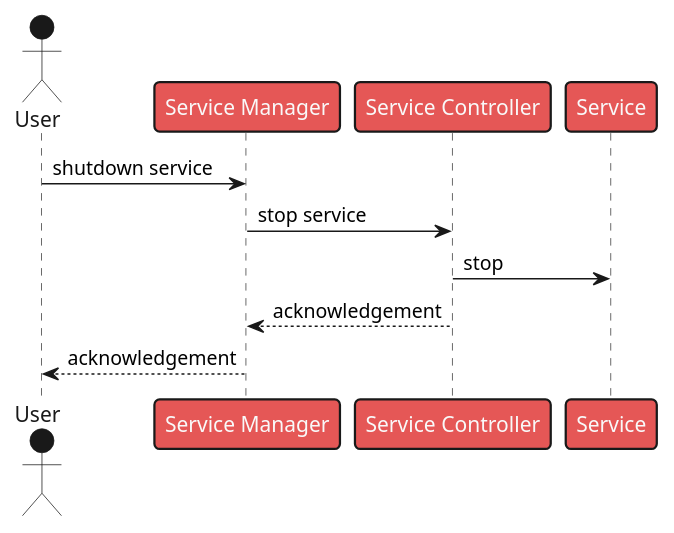
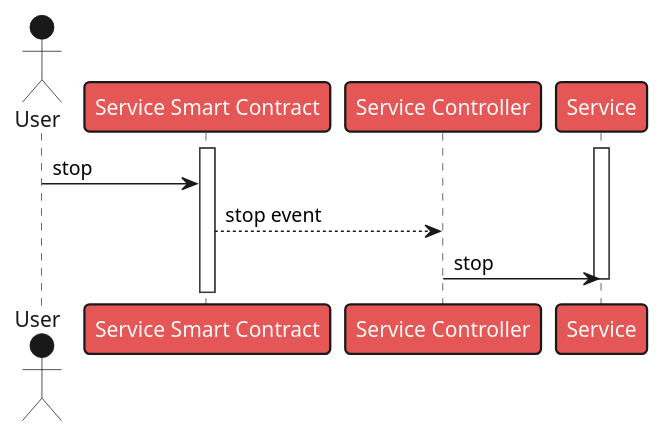
The third of 5 diagrams in doc/img/UC2.puml (Blockchain-Data-Analytics/BCA-Service-Tokenization), drawn with PlantUML before and after one commit. The commit also changed other lines of this file and 17 other files, not shown here.

```diff
--- a/doc/img/UC2.puml
+++ b/doc/img/UC2.puml
@@ -67,22 +75,22 @@
 @startuml Seq-Service-Stop
 
 !theme mars
 
 skinparam backgroundColor #ffffff
 
 actor "User" as user order 1
-participant "Service Manager" as sm order 2
+participant "Service Smart Contract" as sm order 2
 participant "Service Controller" as sc order 3
 participant "Service" as sv order 4
 
-user -> sm : shutdown service
+activate sm
+activate sv
+user -> sm : stop
 
-sm -> sc : stop service
+sm --> sc : stop event
+' deactivate sm
 
 sc -> sv : stop
-
-sm <-- sc : acknowledgement
-
-user <-- sm : acknowledgement
+deactivate sv
 
 @enduml
```
